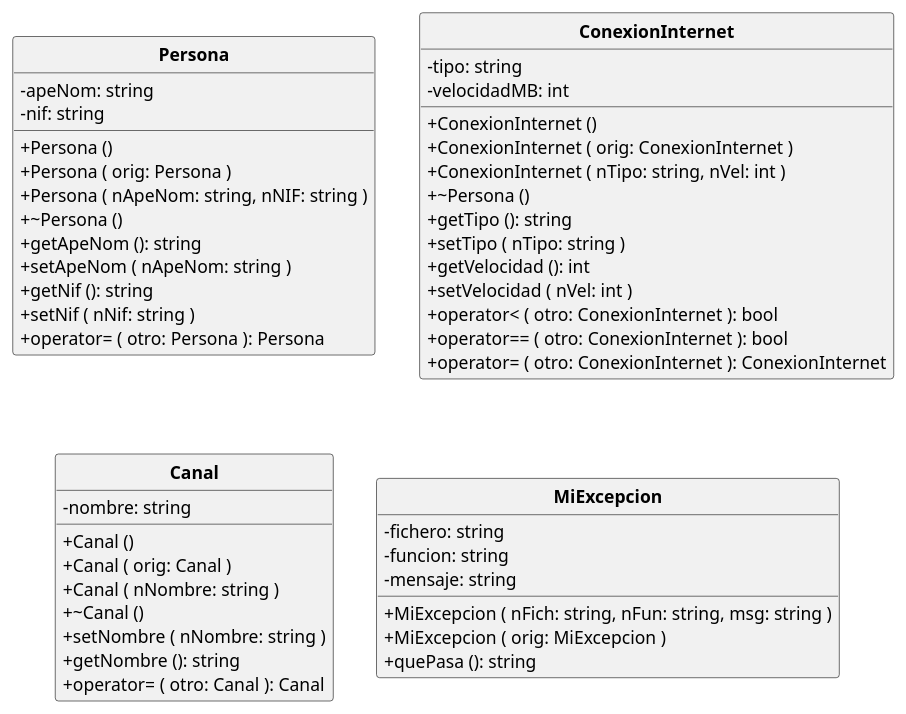
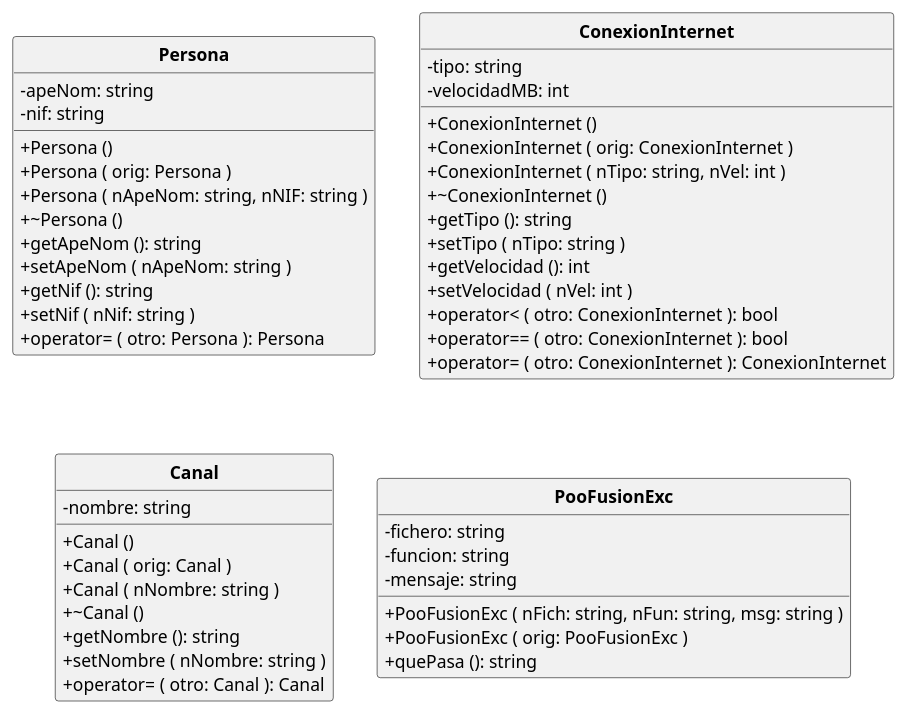
The diagram in PooFusion.puml (POOUJA/PooFusion), drawn with PlantUML before and after one commit.

```diff
--- a/PooFusion.puml
+++ b/PooFusion.puml
@@ -1,57 +1,57 @@
 @startuml
 
 hide circle
 skinparam classattributeiconsize 0
 skinparam classFontStyle bold
 
 class Persona {
  - apeNom: string
  - nif: string
  + Persona ()
  + Persona ( orig: Persona )
  + Persona ( nApeNom: string, nNIF: string )
  + ~Persona ()
  + getApeNom (): string
  + setApeNom ( nApeNom: string )
  + getNif (): string
  + setNif ( nNif: string )
  + operator= ( otro: Persona ): Persona
 }
 
 class ConexionInternet {
  - tipo: string
  - velocidadMB: int
  + ConexionInternet ()
  + ConexionInternet ( orig: ConexionInternet )
  + ConexionInternet ( nTipo: string, nVel: int )
- + ~Persona ()
+ + ~ConexionInternet ()
  + getTipo (): string
  + setTipo ( nTipo: string )
  + getVelocidad (): int
  + setVelocidad ( nVel: int )
  + operator< ( otro: ConexionInternet ): bool
  + operator== ( otro: ConexionInternet ): bool
  + operator= ( otro: ConexionInternet ): ConexionInternet
 }
 
 class Canal {
  - nombre: string
  + Canal ()
  + Canal ( orig: Canal )
  + Canal ( nNombre: string )
  + ~Canal ()
+ + getNombre (): string
  + setNombre ( nNombre: string )
- + getNombre (): string
  + operator= ( otro: Canal ): Canal
 }
 
-class MiExcepcion{
+class PooFusionExc{
  - fichero: string
  - funcion: string
  - mensaje: string
- + MiExcepcion ( nFich: string, nFun: string, msg: string )
- + MiExcepcion ( orig: MiExcepcion )
+ + PooFusionExc ( nFich: string, nFun: string, msg: string )
+ + PooFusionExc ( orig: PooFusionExc )
  + quePasa (): string
 }
 
 @enduml
```
